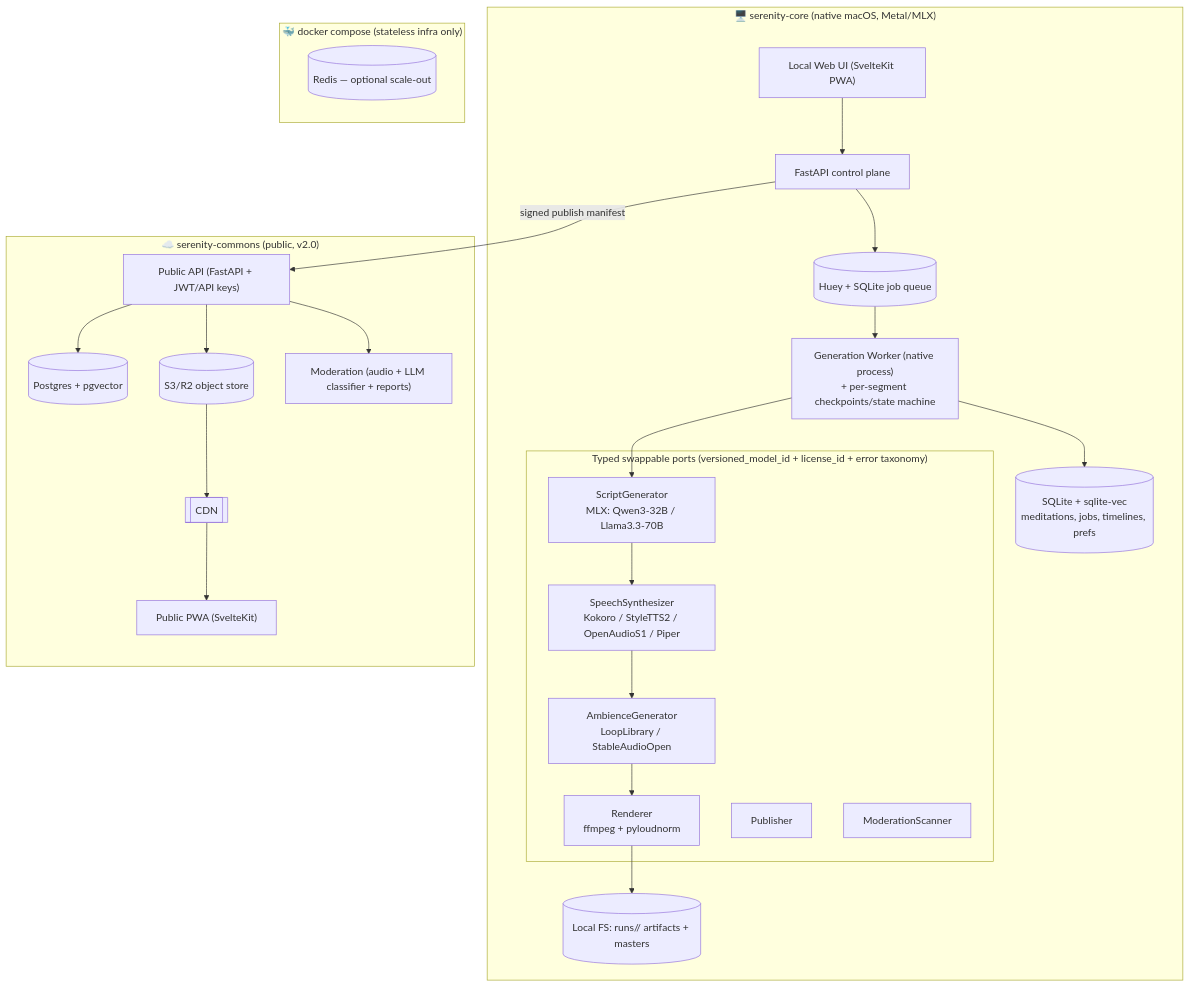
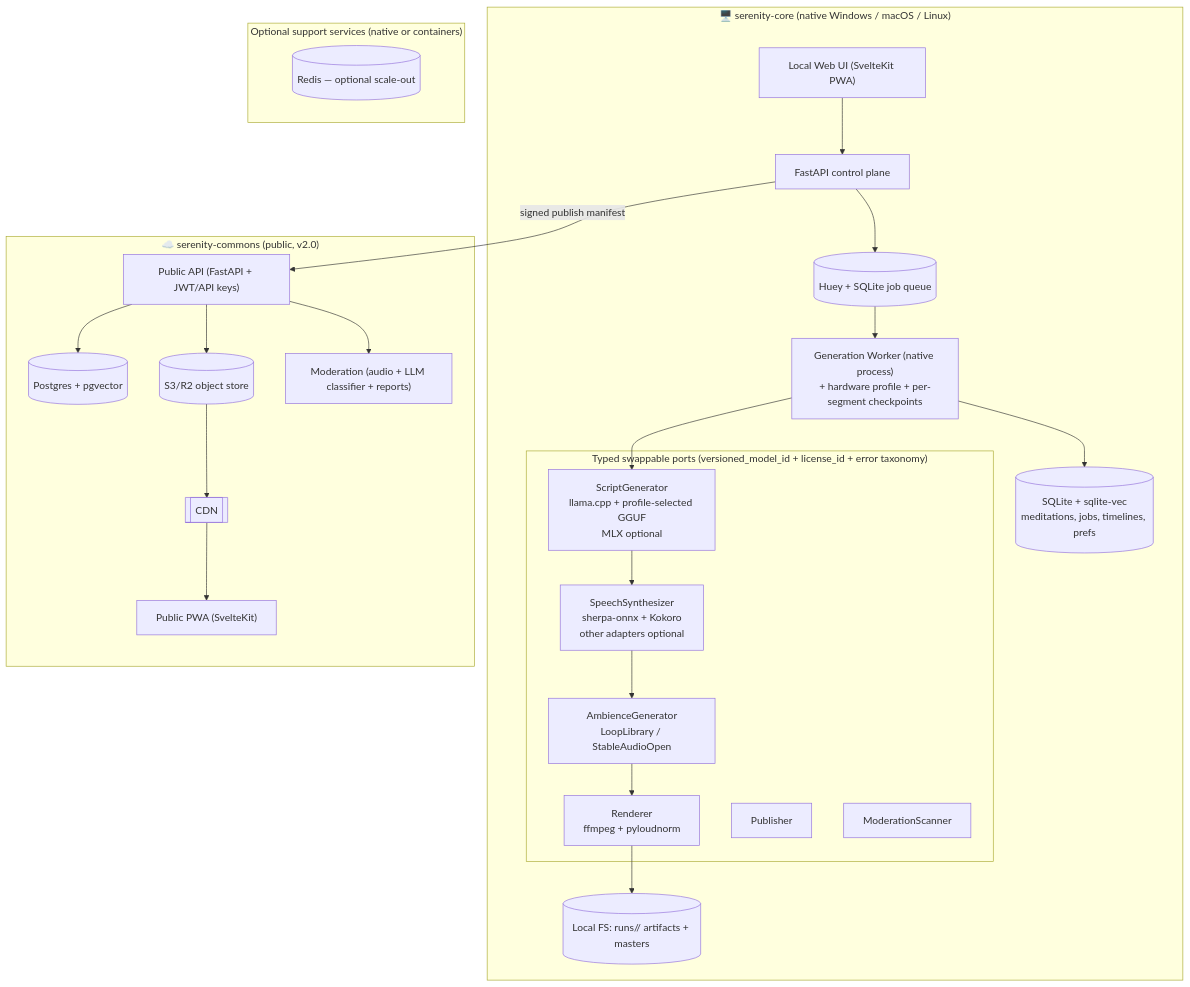
The diagram in system-design.md (Jomak-x/Whoopy), drawn with Mermaid before and after one commit. The commit also changed other lines of this file and 26 other files, not shown here.

````diff
--- a/system-design.md
+++ b/system-design.md
@@ -102,40 +103,40 @@
 ```mermaid
 flowchart TB
-  subgraph Local["🖥️ serenity-core (native macOS, Metal/MLX)"]
+  subgraph Local["🖥️ serenity-core (native Windows / macOS / Linux)"]
     UI["Local Web UI (SvelteKit PWA)"]
     API["FastAPI control plane"]
     Q[("Huey + SQLite job queue")]
-    W["Generation Worker (native process)\n+ per-segment checkpoints/state machine"]
+    W["Generation Worker (native process)\n+ hardware profile + per-segment checkpoints"]
     subgraph Ports["Typed swappable ports (versioned_model_id + license_id + error taxonomy)"]
-      LLM["ScriptGenerator\nMLX: Qwen3-32B / Llama3.3-70B"]
-      TTS["SpeechSynthesizer\nKokoro / StyleTTS2 / OpenAudioS1 / Piper"]
+      LLM["ScriptGenerator\nllama.cpp + profile-selected GGUF\nMLX optional"]
+      TTS["SpeechSynthesizer\nsherpa-onnx + Kokoro\nother adapters optional"]
       MUS["AmbienceGenerator\nLoopLibrary / StableAudioOpen"]
       REN["Renderer\nffmpeg + pyloudnorm"]
       PUB["Publisher"]
       MOD["ModerationScanner"]
     end
     DB[("SQLite + sqlite-vec\nmeditations, jobs, timelines, prefs")]
     FS[("Local FS: runs/<job_id>/ artifacts + masters")]
   end
 
-  subgraph Infra["🐳 docker compose (stateless infra only)"]
+  subgraph Infra["Optional support services (native or containers)"]
     RED[("Redis — optional scale-out")]
   end
 
   subgraph Commons["☁️ serenity-commons (public, v2.0)"]
     CAPI["Public API (FastAPI + JWT/API keys)"]
     CDB[("Postgres + pgvector")]
     OBJ[("S3/R2 object store")]
     CMOD["Moderation (audio + LLM classifier + reports)"]
     WEB["Public PWA (SvelteKit)"]
     CDN[["CDN"]]
   end
 
   UI --> API --> Q --> W
   W --> LLM --> TTS --> MUS --> REN --> FS
   W --> DB
   API -->|signed publish manifest| CAPI
   CAPI --> CDB
   CAPI --> OBJ --> CDN --> WEB
   CAPI --> CMOD
 ```
````
